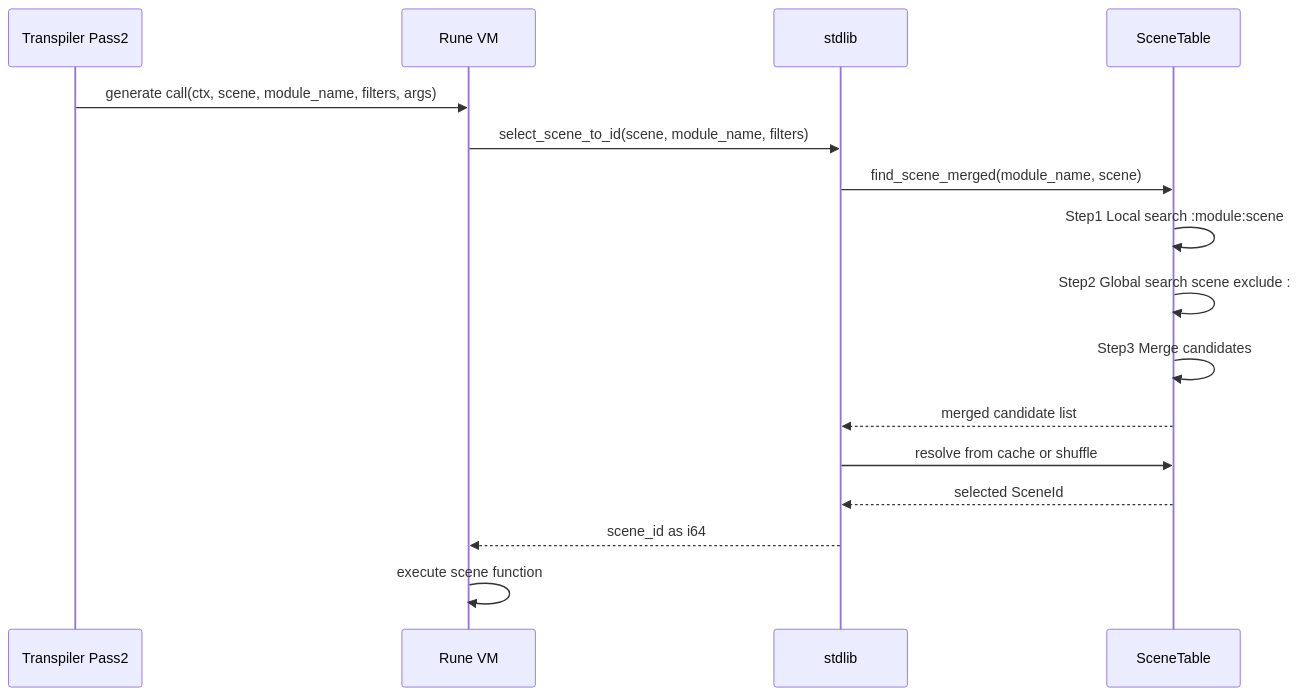
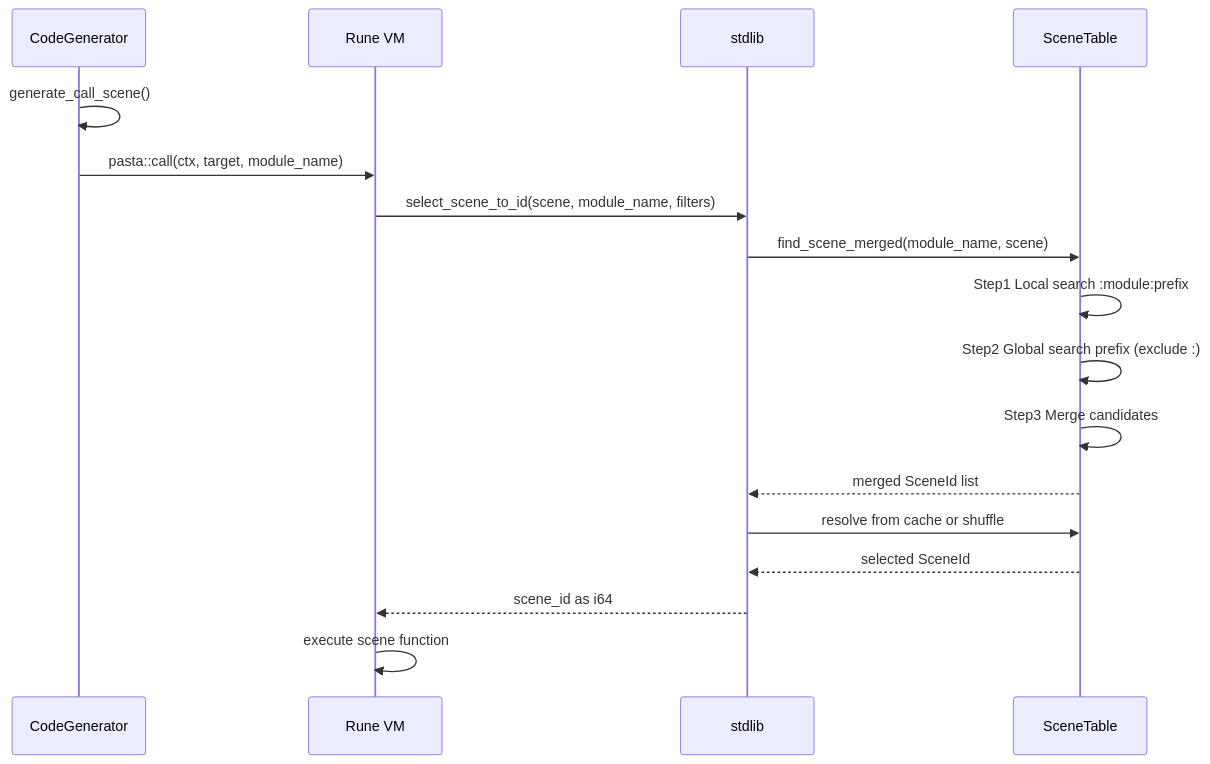
One commit to ekicyou/pasta changed the second of 2 diagrams in .kiro/specs/call-unified-scope-resolution/design.md. Above: the diagram before and after it, drawn with Mermaid. The commit also changed other lines of this file, not shown here.

Commit message:
docs(design): 設計検証レポート反映 - find_scene_merged pseudo-code、キャッシュ無効化戦略、API シグネチャ詳細化

````diff
--- a/.kiro/specs/call-unified-scope-resolution/design.md
+++ b/.kiro/specs/call-unified-scope-resolution/design.md
@@ -79,19 +87,20 @@
 ```mermaid
 sequenceDiagram
-    participant T as Transpiler Pass2
+    participant CG as CodeGenerator
     participant R as Rune VM
     participant S as stdlib
     participant ST as SceneTable
 
-    T->>R: generate call(ctx, scene, module_name, filters, args)
+    CG->>CG: generate_call_scene()
+    CG->>R: pasta::call(ctx, target, module_name)
     R->>S: select_scene_to_id(scene, module_name, filters)
     S->>ST: find_scene_merged(module_name, scene)
-    ST->>ST: Step1 Local search :module:scene
-    ST->>ST: Step2 Global search scene exclude :
+    ST->>ST: Step1 Local search :module:prefix
+    ST->>ST: Step2 Global search prefix (exclude :)
     ST->>ST: Step3 Merge candidates
-    ST-->>S: merged candidate list
+    ST-->>S: merged SceneId list
     S->>ST: resolve from cache or shuffle
     ST-->>S: selected SceneId
     S-->>R: scene_id as i64
     R->>R: execute scene function
 ```
````
